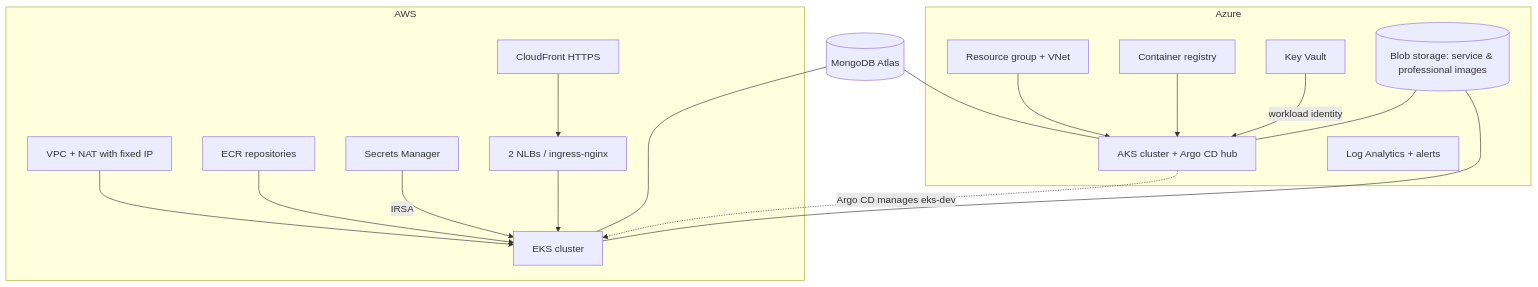
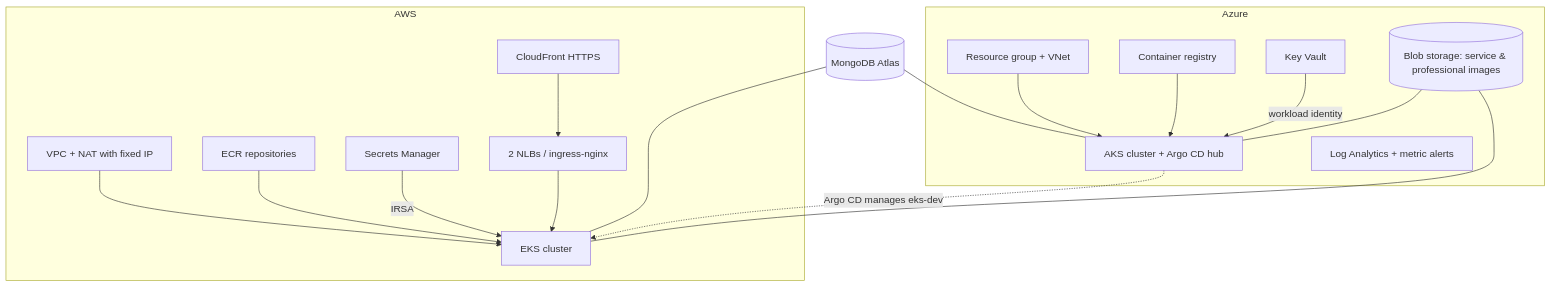
One commit to SrinidhiSanjeevi/Infrastruture_Homeease changed the diagram in README.md. Above: the diagram before and after it, drawn with Mermaid. The commit also changed other lines of this file, not shown here.

````diff
--- a/README.md
+++ b/README.md
@@ -7,21 +33,21 @@
 ```mermaid
 flowchart TB
     subgraph Azure
       RG[Resource group + VNet] --> AKS[AKS cluster + Argo CD hub]
       ACR[Container registry] --> AKS
       KV[Key Vault] -->|workload identity| AKS
-      MON[Log Analytics + alerts]
+      MON[Log Analytics + metric alerts]
       BLOB[(Blob storage: service & professional images)]
     end
     subgraph AWS
       VPC[VPC + NAT with fixed IP] --> EKS[EKS cluster]
       ECR[ECR repositories] --> EKS
       SM[Secrets Manager] -->|IRSA| EKS
       CF[CloudFront HTTPS] --> NLB[2 NLBs / ingress-nginx] --> EKS
     end
     AKS -.Argo CD manages eks-dev.-> EKS
     ATLAS[(MongoDB Atlas)] --- AKS
     ATLAS --- EKS
     BLOB --- AKS
     BLOB --- EKS
 ```
````
